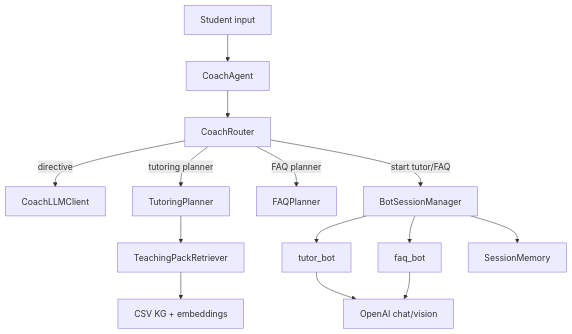
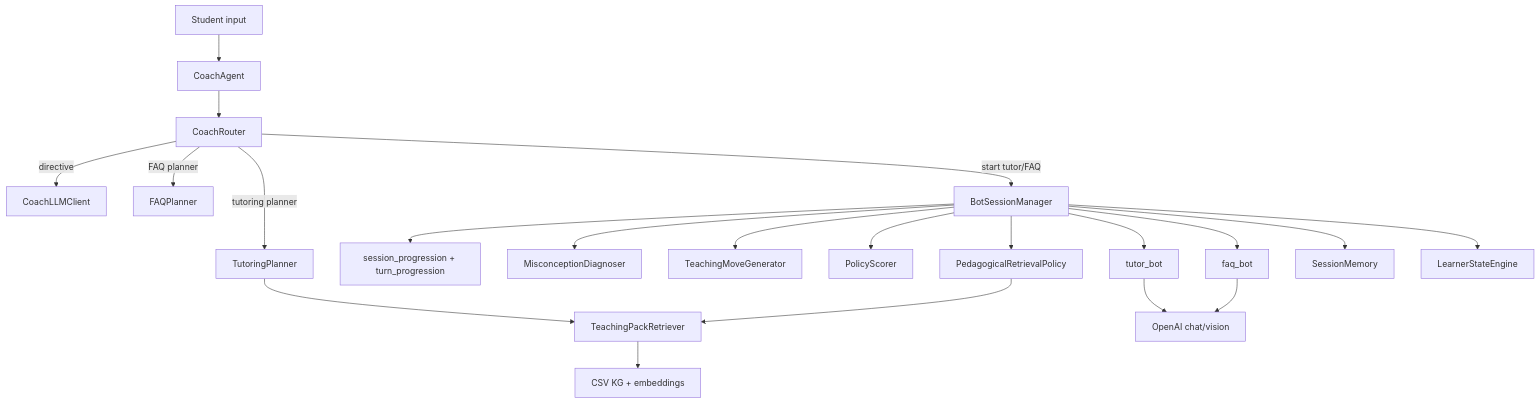
One commit to Manav1712/adaptive-learning-kg changed the first of 2 diagrams in docs/ADAPTIVE_TUTORING_ARCHITECTURE_SPEC.md. Above: the diagram before and after it, drawn with Mermaid. The commit also changed other lines of this file and 14 other files, not shown here.

First line of the commit message:
Handoff knowledge graph generation as a clean versioned pipeline.

````diff
--- a/docs/ADAPTIVE_TUTORING_ARCHITECTURE_SPEC.md
+++ b/docs/ADAPTIVE_TUTORING_ARCHITECTURE_SPEC.md
@@ -414,16 +499,23 @@
 ```mermaid
 flowchart TD
     U[Student input] --> C[CoachAgent]
     C --> R[CoachRouter]
     R -->|directive| LLM1[CoachLLMClient]
     R -->|tutoring planner| TP[TutoringPlanner]
     R -->|FAQ planner| FP[FAQPlanner]
     TP --> RET[TeachingPackRetriever]
     RET --> KG[CSV KG + embeddings]
     R -->|start tutor/FAQ| BSM[BotSessionManager]
+    BSM --> PROG[session_progression + turn_progression]
+    BSM --> DIA[MisconceptionDiagnoser]
+    BSM --> MV[TeachingMoveGenerator]
+    BSM --> POL[PolicyScorer]
+    BSM --> PRP[PedagogicalRetrievalPolicy]
+    PRP --> RET
     BSM --> TUT[tutor_bot]
     BSM --> FAQ[faq_bot]
     TUT --> LLM2[OpenAI chat/vision]
     FAQ --> LLM2
     BSM --> MEM[SessionMemory]
+    BSM --> LSE[LearnerStateEngine]
 ```
````
